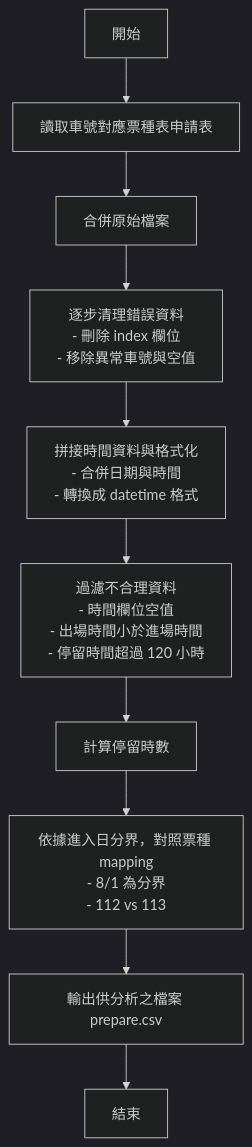
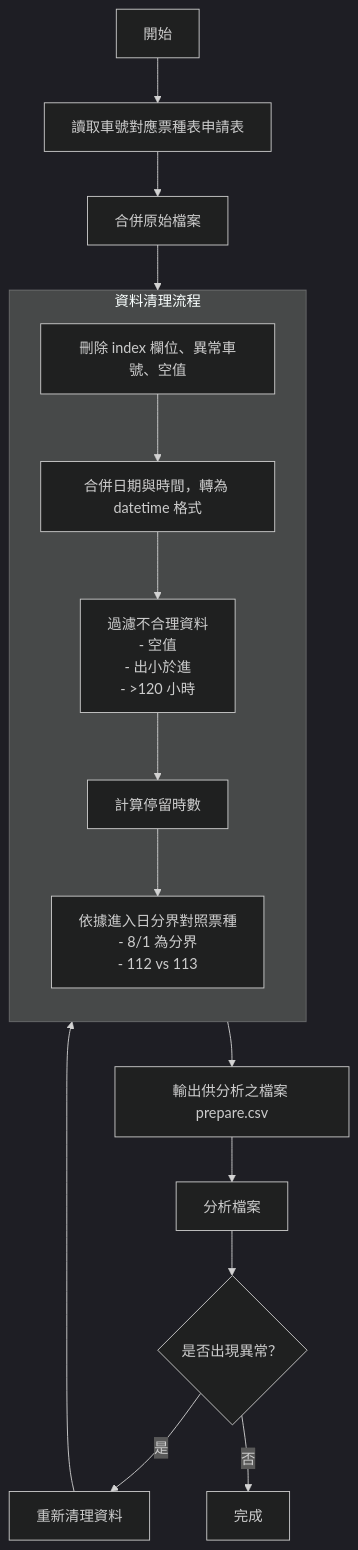
Before and after one commit to CodeToCody/Parking_ana: the diagram in Chapter3資料整理與前處理/wash_flowchart.md, drawn with Mermaid (dark theme). The commit also changed other lines of this file and 3 other files, not shown here.

````diff
--- a/Chapter3資料整理與前處理/wash_flowchart.md
+++ b/Chapter3資料整理與前處理/wash_flowchart.md
@@ -1,19 +1,31 @@
 ```mermaid
 flowchart TD
 
 A[開始]
 B[讀取車號對應票種表申請表]
 C[合併原始檔案]
-D[逐步清理錯誤資料<br/>- 刪除 index 欄位<br/>- 移除異常車號與空值]
-E[拼接時間資料與格式化<br/>- 合併日期與時間<br/>- 轉換成 datetime 格式]
-F[過濾不合理資料<br/>- 時間欄位空值<br/>- 出場時間小於進場時間<br/>- 停留時間超過 120 小時]
-G[計算停留時數]
-H[依據進入日分界，對照票種 mapping<br/>- 8/1 為分界<br/>- 112 vs 113]
+P[資料清理處理流程]
 I[輸出供分析之檔案 prepare.csv]
-J[結束]
+J[分析檔案]
+K{是否出現異常？}
+R[重新清理資料]
+L[完成]
 
-A --> B --> C --> D --> E --> F --> G --> H --> I --> J
+A --> B --> C --> P
 
+subgraph P [資料清理流程]
+    direction TB
+    D[刪除 index 欄位、異常車號、空值]
+    E[合併日期與時間，轉為 datetime 格式]
+    F[過濾不合理資料<br/>- 空值<br/>- 出小於進<br/>- >120 小時]
+    G[計算停留時數]
+    H[依據進入日分界對照票種<br/>- 8/1 為分界<br/>- 112 vs 113]
 
+    D --> E --> F --> G --> H
+end
+
+P --> I --> J --> K
+K -- 是 --> R --> D
+K -- 否 --> L
 
 ```
````
